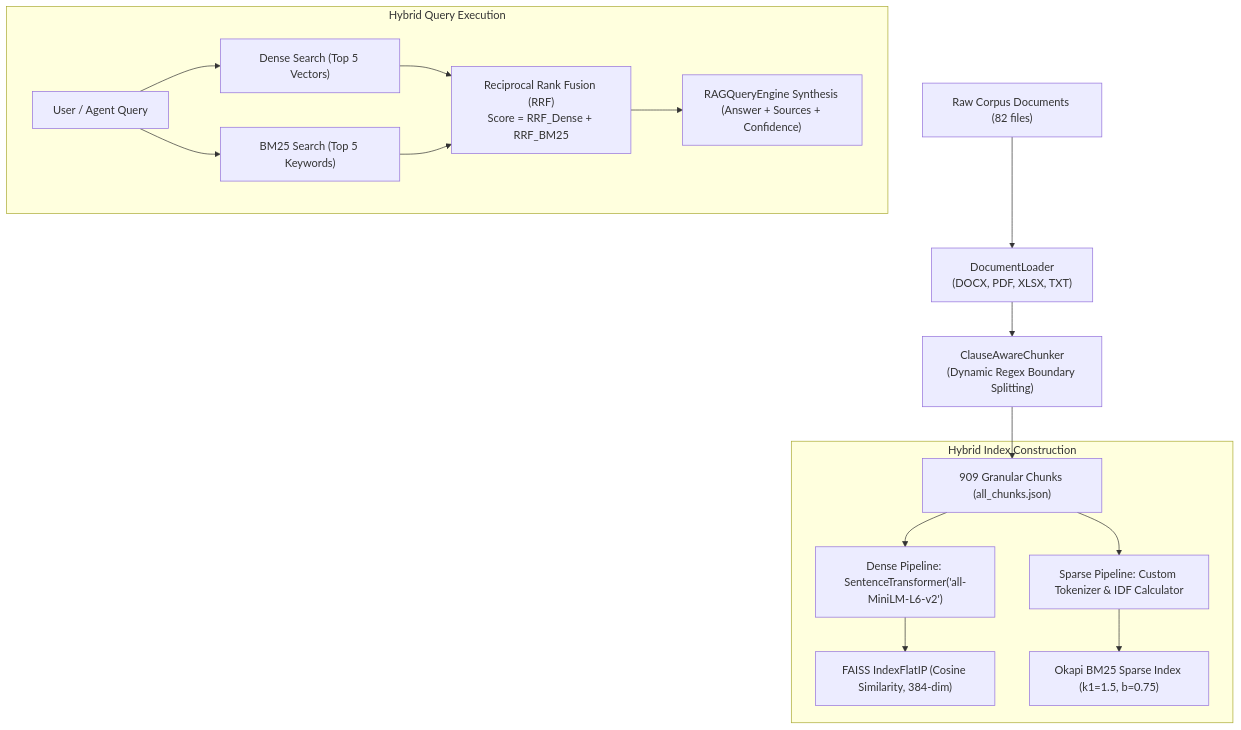
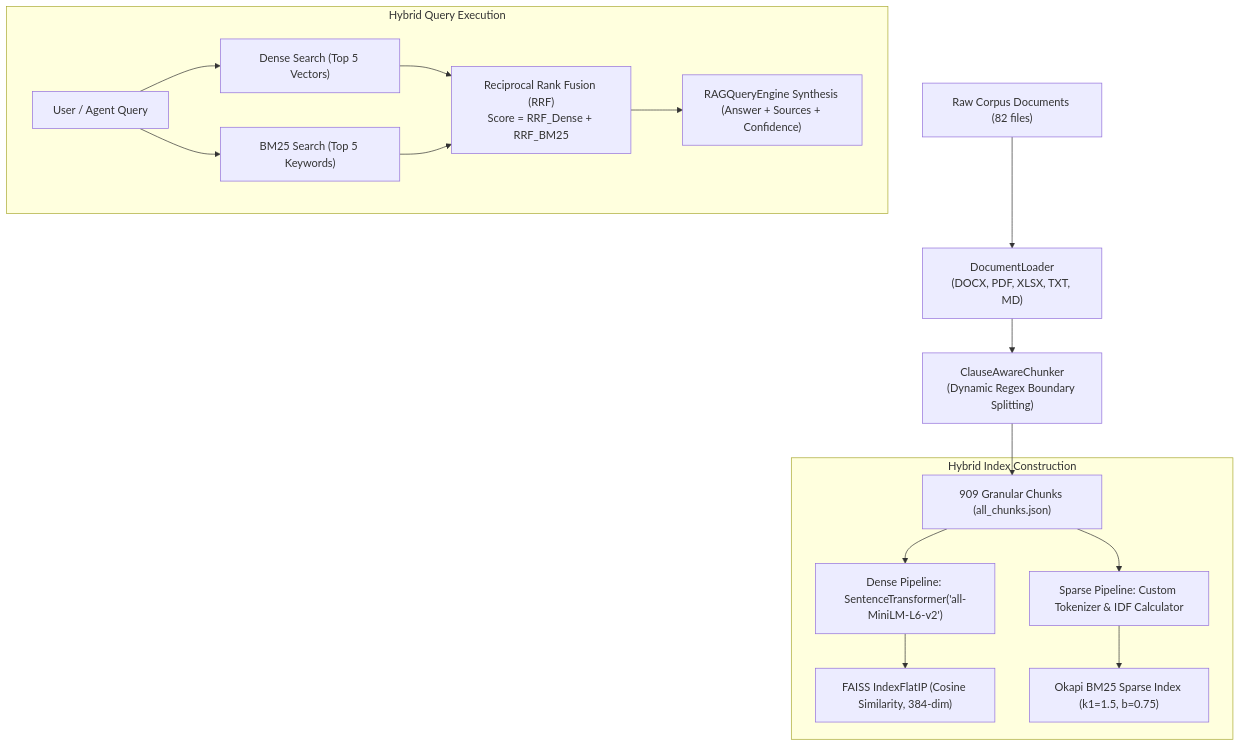
The fifth of 8 diagrams in O2C_AI_SYSTEM_COMPLETE_MASTER_SPECIFICATION.md (Az-har/O2C_AI), drawn with Mermaid before and after one commit. The commit also changed other lines of this file and 87 other files, not shown here.

Commit message:
feat: implement LangGraph multi-agent architecture, global multimodal scraper, agent tools, and update master architectural specifications

````diff
--- a/O2C_AI_SYSTEM_COMPLETE_MASTER_SPECIFICATION.md
+++ b/O2C_AI_SYSTEM_COMPLETE_MASTER_SPECIFICATION.md
@@ -1041,20 +1066,20 @@
 ```mermaid
 graph TD
-    A["Raw Corpus Documents (82 files)"] --> B["DocumentLoader<br/>(DOCX, PDF, XLSX, TXT)"]
+    A["Raw Corpus Documents (82 files)"] --> B["DocumentLoader<br/>(DOCX, PDF, XLSX, TXT, MD)"]
     B --> C["ClauseAwareChunker<br/>(Dynamic Regex Boundary Splitting)"]
     C --> D["909 Granular Chunks (all_chunks.json)"]
     
     subgraph "Hybrid Index Construction"
         D --> E1["Dense Pipeline: SentenceTransformer('all-MiniLM-L6-v2')"]
         E1 --> E2["FAISS IndexFlatIP (Cosine Similarity, 384-dim)"]
         D --> F1["Sparse Pipeline: Custom Tokenizer & IDF Calculator"]
         F1 --> F2["Okapi BM25 Sparse Index (k1=1.5, b=0.75)"]
     end
     
     subgraph "Hybrid Query Execution"
         G["User / Agent Query"] --> H1["Dense Search (Top 5 Vectors)"]
         G --> H2["BM25 Search (Top 5 Keywords)"]
         H1 & H2 --> I["Reciprocal Rank Fusion (RRF)<br/>Score = RRF_Dense + RRF_BM25"]
         I --> J["RAGQueryEngine Synthesis (Answer + Sources + Confidence)"]
     end
 ```
````
